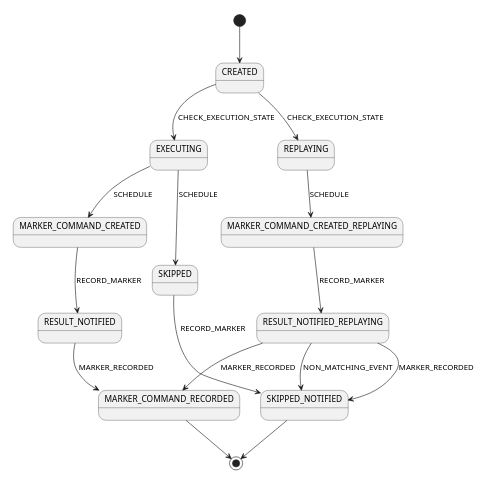
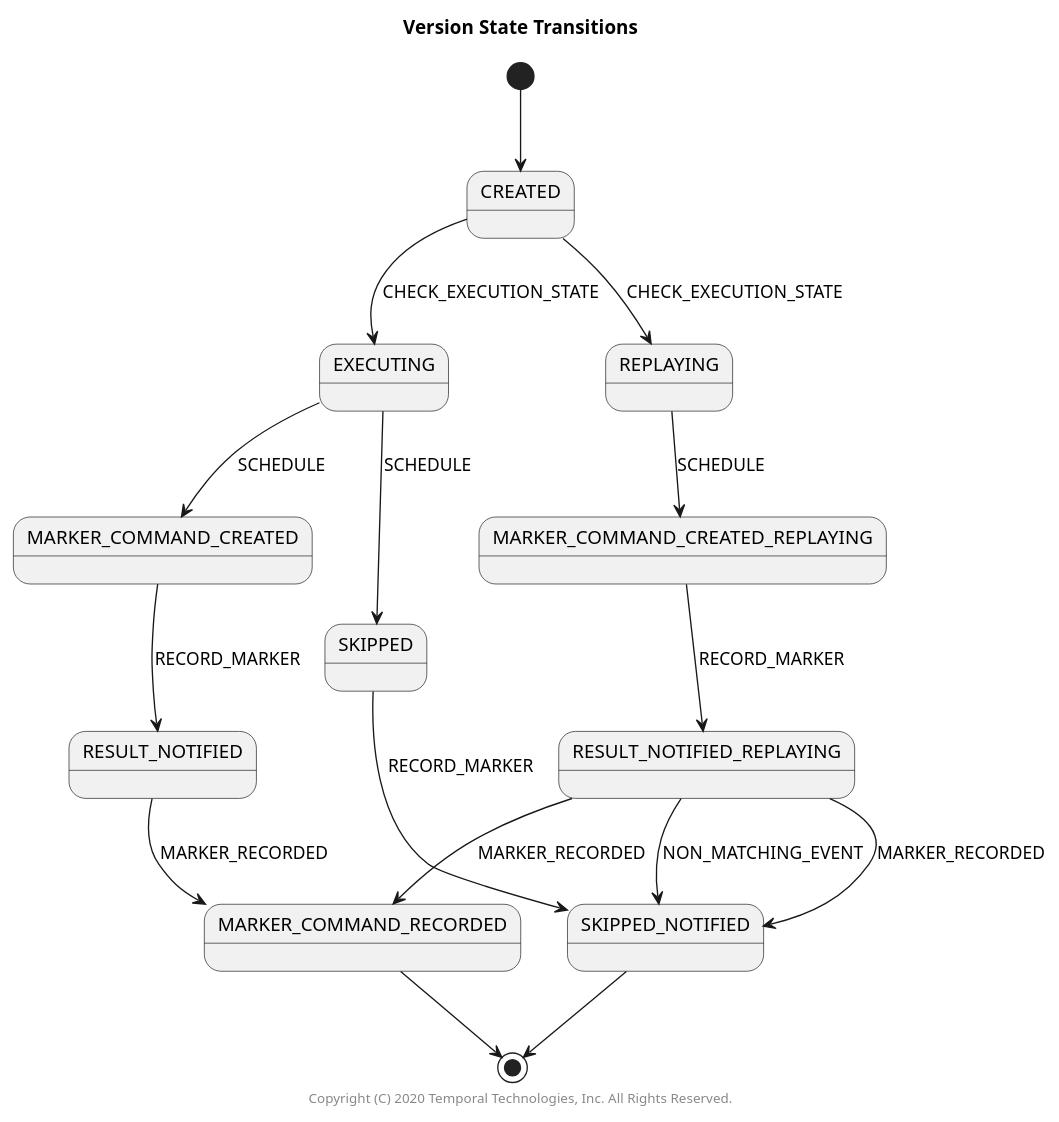
Before and after one commit to temporalio/sdk-java: the diagram in src/main/java/io/temporal/internal/statemachines/VersionStateMachine.puml, drawn with PlantUML. The commit also changed 17 other files, not shown here.

```diff
--- a/src/main/java/io/temporal/internal/statemachines/VersionStateMachine.puml
+++ b/src/main/java/io/temporal/internal/statemachines/VersionStateMachine.puml
@@ -23,18 +23,20 @@
 @startuml
-scale 350 width
+title Version State Transitions
+
 [*] --> CREATED
 CREATED --> REPLAYING: CHECK_EXECUTION_STATE
 CREATED --> EXECUTING: CHECK_EXECUTION_STATE
 EXECUTING --> MARKER_COMMAND_CREATED: SCHEDULE
 EXECUTING --> SKIPPED: SCHEDULE
 MARKER_COMMAND_CREATED --> RESULT_NOTIFIED: RECORD_MARKER
 MARKER_COMMAND_CREATED_REPLAYING --> RESULT_NOTIFIED_REPLAYING: RECORD_MARKER
 REPLAYING --> MARKER_COMMAND_CREATED_REPLAYING: SCHEDULE
 RESULT_NOTIFIED --> MARKER_COMMAND_RECORDED: MARKER_RECORDED
 RESULT_NOTIFIED_REPLAYING --> SKIPPED_NOTIFIED: NON_MATCHING_EVENT
 RESULT_NOTIFIED_REPLAYING --> MARKER_COMMAND_RECORDED: MARKER_RECORDED
 RESULT_NOTIFIED_REPLAYING --> SKIPPED_NOTIFIED: MARKER_RECORDED
 SKIPPED --> SKIPPED_NOTIFIED: RECORD_MARKER
 MARKER_COMMAND_RECORDED --> [*]
 SKIPPED_NOTIFIED --> [*]
+center footer Copyright (C) 2020 Temporal Technologies, Inc. All Rights Reserved.
 @enduml
```
